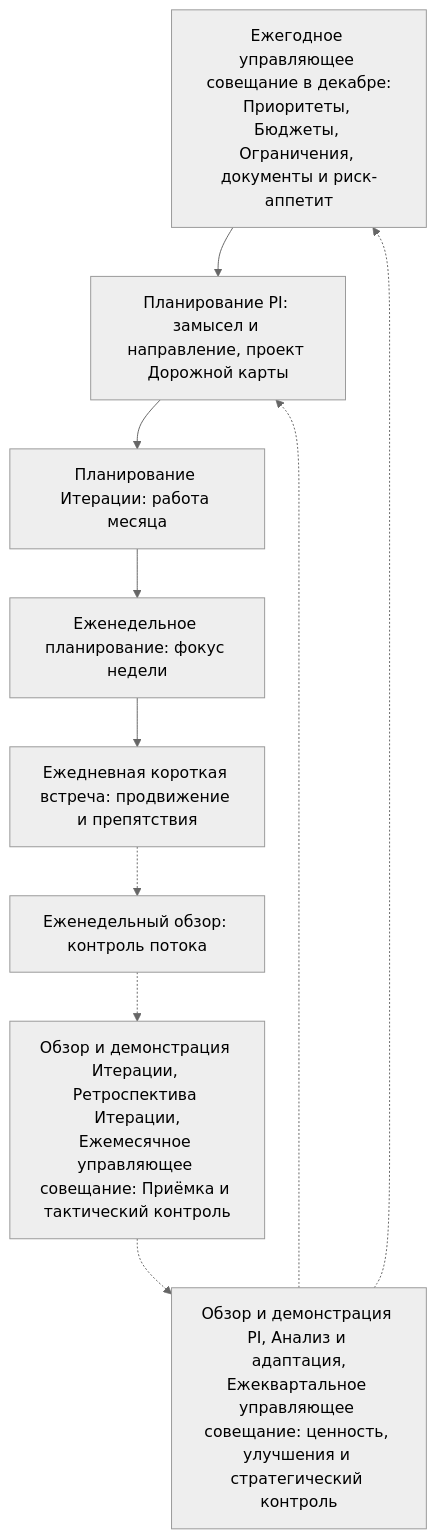
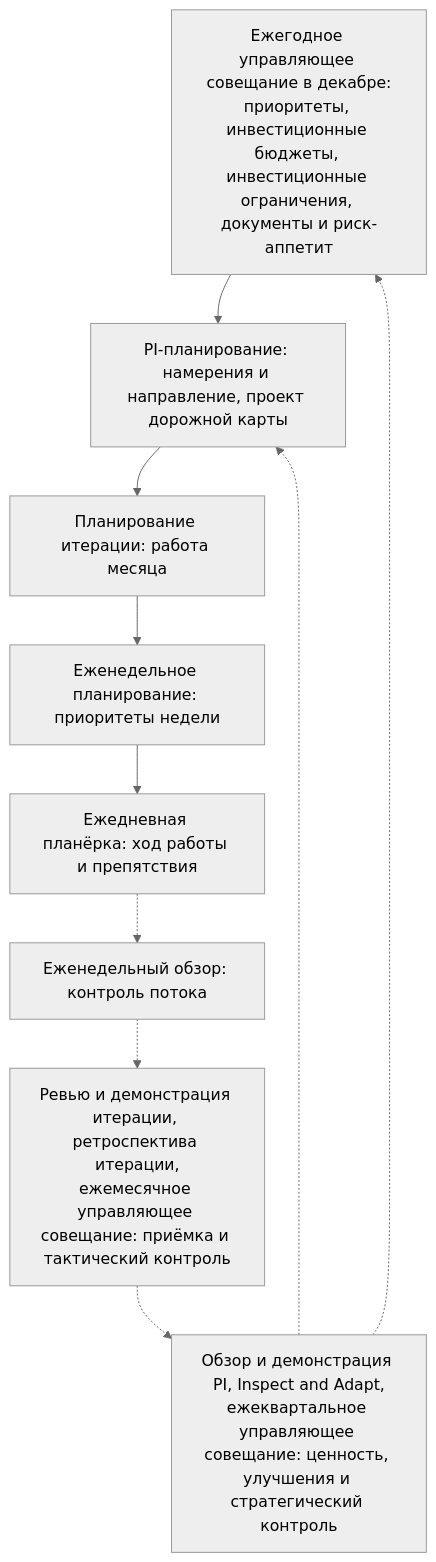
The sixth of 6 diagrams in charter/ru/workflows/cadence.md (devhogu/ob-aicc), drawn with Mermaid (neutral theme) before and after one commit. The commit also changed other lines of this file and 7 other files, not shown here.

````diff
--- a/charter/ru/workflows/cadence.md
+++ b/charter/ru/workflows/cadence.md
@@ -168,12 +178,12 @@
 ```mermaid
 flowchart TB
-  YS["Ежегодное управляющее совещание в декабре:<br/>Приоритеты, Бюджеты, Ограничения, документы и риск-аппетит"] --> PIP["Планирование PI: замысел и направление, проект Дорожной карты"]
-  PIP --> ITP["Планирование Итерации: работа месяца"]
-  ITP --> WP["Еженедельное планирование: фокус недели"]
-  WP --> DS["Ежедневная короткая встреча: продвижение и препятствия"]
+  YS["Ежегодное управляющее совещание в декабре:<br/>приоритеты, инвестиционные бюджеты, инвестиционные ограничения, документы и риск-аппетит"] --> PIP["PI-планирование: намерения и направление, проект дорожной карты"]
+  PIP --> ITP["Планирование итерации: работа месяца"]
+  ITP --> WP["Еженедельное планирование: приоритеты недели"]
+  WP --> DS["Ежедневная планёрка: ход работы и препятствия"]
   DS -.-> WR["Еженедельный обзор: контроль потока"]
-  WR -.-> IR["Обзор и демонстрация Итерации, Ретроспектива Итерации,<br/>Ежемесячное управляющее совещание: Приёмка и тактический контроль"]
-  IR -.-> PIR["Обзор и демонстрация PI, Анализ и адаптация,<br/>Ежеквартальное управляющее совещание: ценность, улучшения и стратегический контроль"]
+  WR -.-> IR["Ревью и демонстрация итерации, ретроспектива итерации,<br/>ежемесячное управляющее совещание: приёмка и тактический контроль"]
+  IR -.-> PIR["Обзор и демонстрация PI, Inspect and Adapt,<br/>ежеквартальное управляющее совещание: ценность, улучшения и стратегический контроль"]
   PIR -.-> YS
   PIR -.-> PIP
 ```
````
